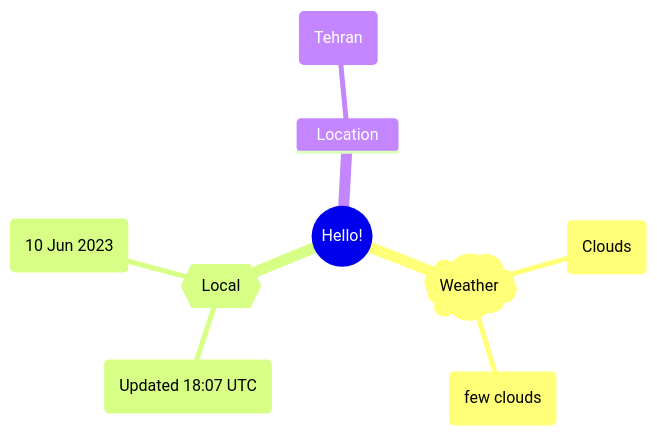
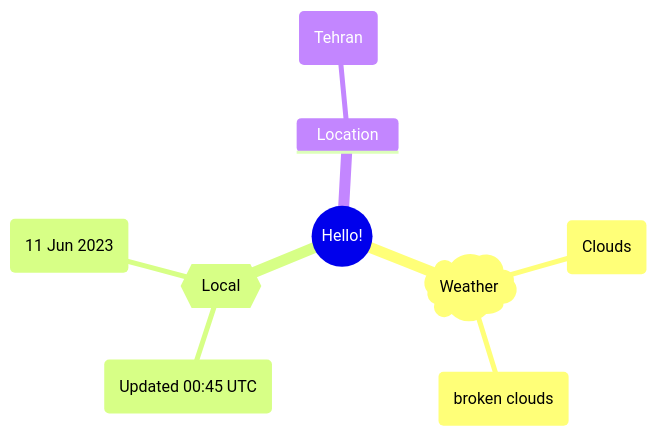
The first of 2 diagrams in README.md (Xosrov/Xosrov), drawn with Mermaid before and after one commit.

Commit message:
[bot] updated images

````diff
--- a/README.md
+++ b/README.md
@@ -3,12 +3,12 @@
 ```mermaid
 mindmap
   root((Hello!))
     )Weather(
         (Clouds)
-        (few clouds)
+        (broken clouds)
     {{Local}}
-        (Updated 18:07 UTC)
-        (10 Jun 2023)
+        (Updated 00:45 UTC)
+        (11 Jun 2023)
     Location
         (Tehran)
 ```
````
